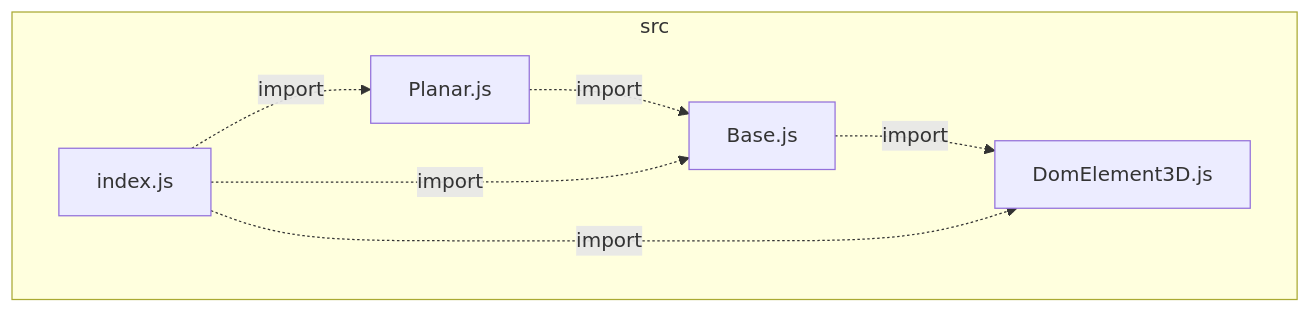
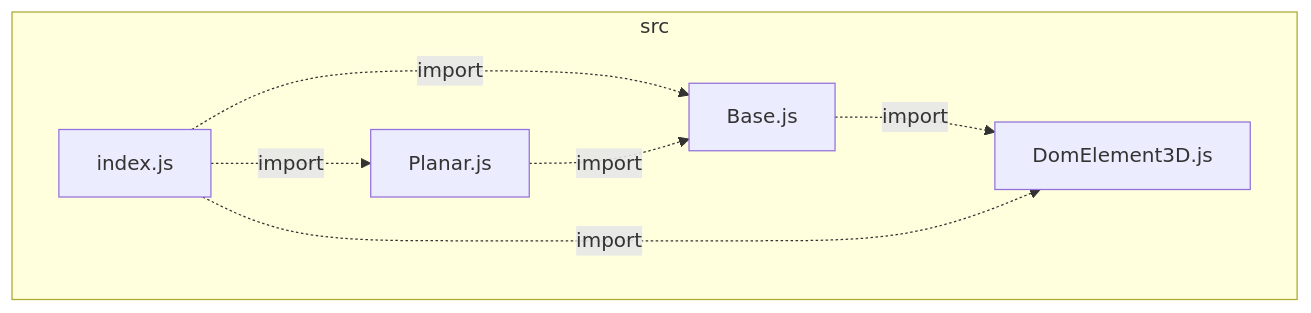
One commit to VCityTeam/UD-Viz changed the diagram in packages/frame3d/architecture.md. Above: the diagram before and after it, drawn with Mermaid. The commit also changed other lines of this file and 43 other files, not shown here.

````diff
--- a/packages/frame3d/architecture.md
+++ b/packages/frame3d/architecture.md
@@ -1,14 +1,14 @@
 ```mermaid
 flowchart
  subgraph IDsrc["src"]
   IDsrcBase2ejs["Base.js"]
   IDsrcDomElement3D2ejs["DomElement3D.js"]
+  IDsrcIndex2ejs["index.js"]
   IDsrcPlanar2ejs["Planar.js"]
-  IDsrcIndex2ejs["index.js"]
  end
 IDsrcBase2ejs-.->|import|IDsrcDomElement3D2ejs
-IDsrcPlanar2ejs-.->|import|IDsrcBase2ejs
 IDsrcIndex2ejs-.->|import|IDsrcPlanar2ejs
 IDsrcIndex2ejs-.->|import|IDsrcBase2ejs
 IDsrcIndex2ejs-.->|import|IDsrcDomElement3D2ejs
+IDsrcPlanar2ejs-.->|import|IDsrcBase2ejs
 ```
````
